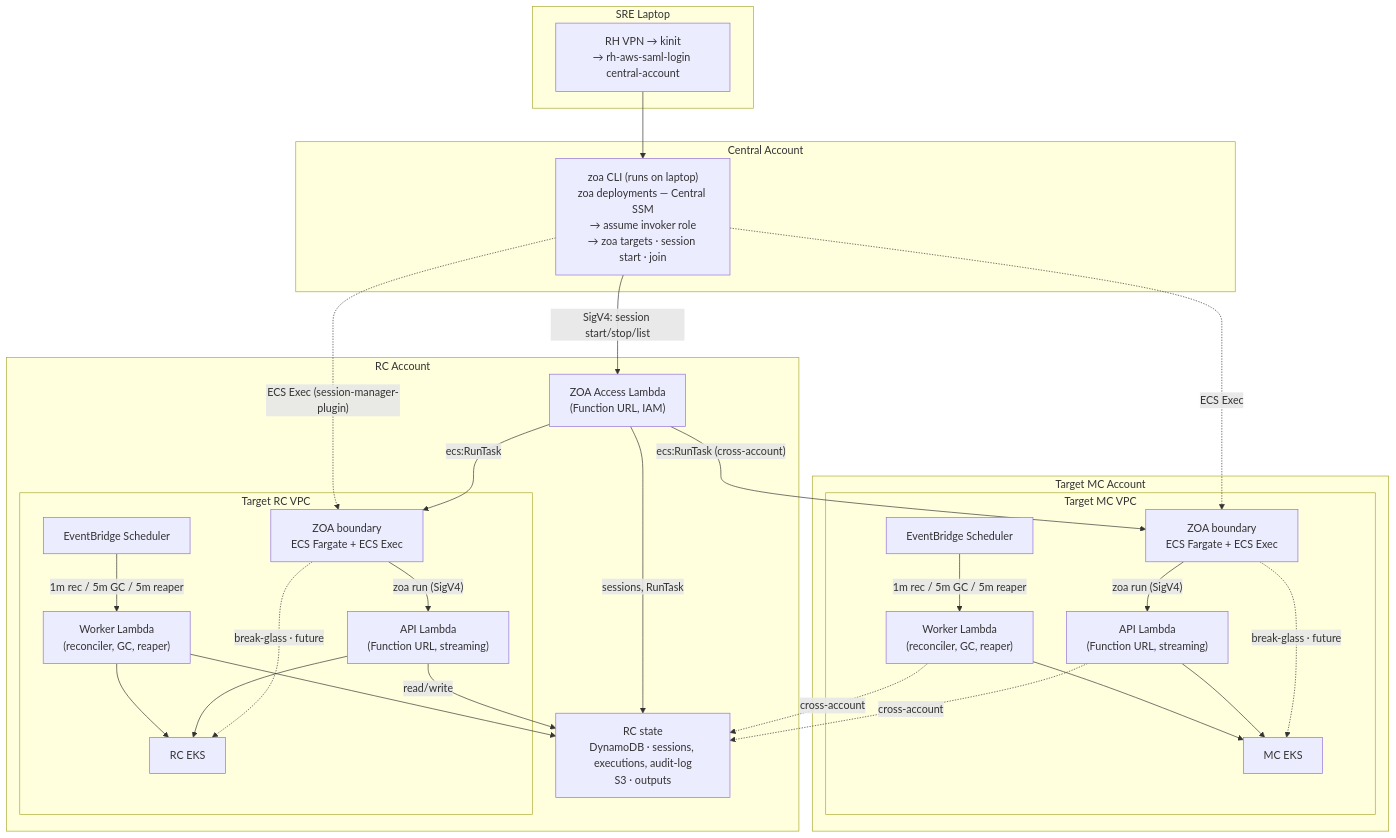
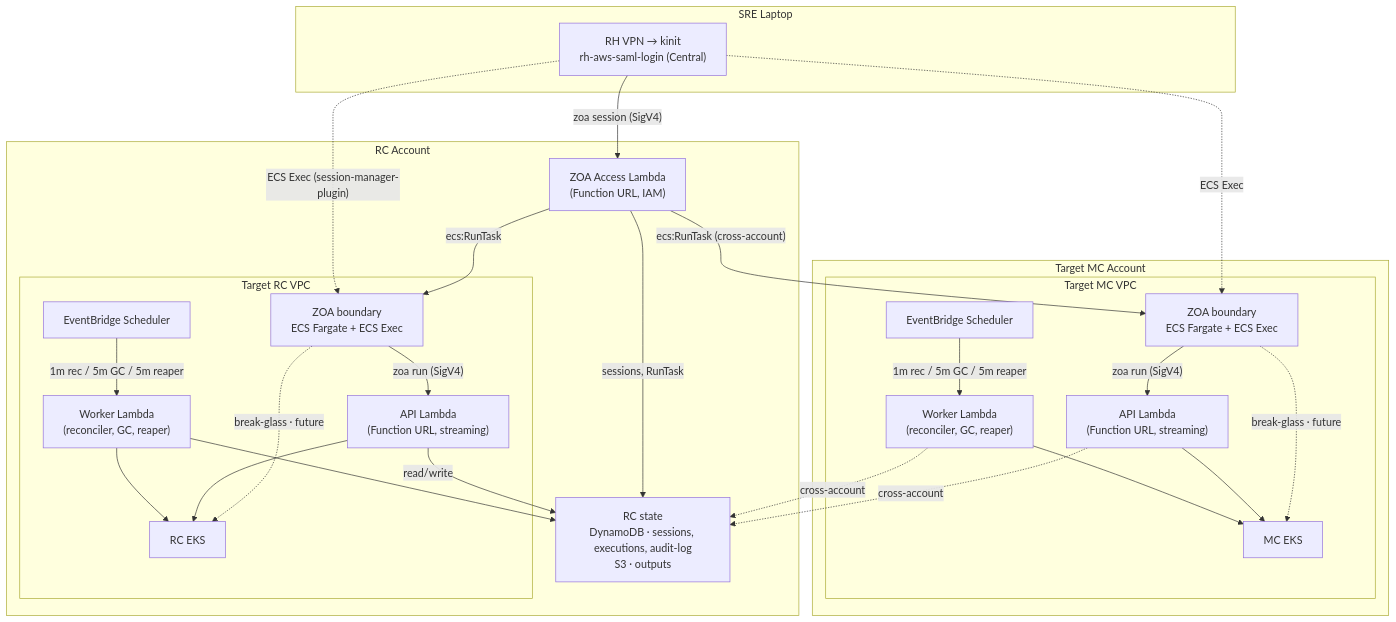
One commit to slopezz/rosa-hyperfleet-zoa changed the diagram in README.md. Above: the diagram before and after it, drawn with Mermaid.

Commit message:
ROSAENG-68805 | docs: simplify README diagram laptop and session edge
Single SRE Laptop auth lines; label Access path zoa session (SigV4).

````diff
--- a/README.md
+++ b/README.md
@@ -75,64 +75,59 @@
 ```mermaid
 ---
 config:
   layout: dagre
 ---
 graph TD
     subgraph laptop["SRE Laptop"]
-        LAPTOP_AUTH["RH VPN → kinit<br/>→ rh-aws-saml-login central-account"]
-    end
-
-    subgraph central["Central Account"]
-        CENTRAL_ZOA["zoa CLI (runs on laptop)<br/>zoa deployments — Central SSM<br/>→ assume invoker role<br/>→ zoa targets · session start · join"]
+        L["RH VPN → kinit<br/>rh-aws-saml-login (Central)"]
     end
 
     subgraph rc["RC Account"]
         ACCESS["ZOA Access Lambda<br/>(Function URL, IAM)"]
         STATE["RC state<br/>DynamoDB · sessions, executions, audit-log<br/>S3 · outputs"]
         subgraph rc_vpc["Target RC VPC"]
             BOUNDARY_RC["ZOA boundary<br/>ECS Fargate + ECS Exec"]
             EB_RC["EventBridge Scheduler"]
             API_RC["API Lambda<br/>(Function URL, streaming)"]
             WORKER_RC["Worker Lambda<br/>(reconciler, GC, reaper)"]
             EKS_RC["RC EKS"]
         end
     end
 
     subgraph mc["Target MC Account"]
         subgraph mc_vpc["Target MC VPC"]
             BOUNDARY_MC["ZOA boundary<br/>ECS Fargate + ECS Exec"]
             EB_MC["EventBridge Scheduler"]
             API_MC["API Lambda<br/>(Function URL, streaming)"]
             WORKER_MC["Worker Lambda<br/>(reconciler, GC, reaper)"]
             EKS_MC["MC EKS"]
         end
     end
 
-    LAPTOP_AUTH --> CENTRAL_ZOA
-    CENTRAL_ZOA -->|"SigV4: session start/stop/list"| ACCESS
+    L -->|"zoa session (SigV4)"| ACCESS
     ACCESS -->|"sessions, RunTask"| STATE
     ACCESS -->|"ecs:RunTask"| BOUNDARY_RC
     ACCESS -->|"ecs:RunTask (cross-account)"| BOUNDARY_MC
 
-    CENTRAL_ZOA -.->|"ECS Exec (session-manager-plugin)"| BOUNDARY_RC
-    CENTRAL_ZOA -.->|"ECS Exec"| BOUNDARY_MC
+    L -.->|"ECS Exec (session-manager-plugin)"| BOUNDARY_RC
+    L -.->|"ECS Exec"| BOUNDARY_MC
 
     BOUNDARY_RC -->|"zoa run (SigV4)"| API_RC
     BOUNDARY_MC -->|"zoa run (SigV4)"| API_MC
 
     BOUNDARY_RC -.->|"break-glass · future"| EKS_RC
     BOUNDARY_MC -.->|"break-glass · future"| EKS_MC
 
     EB_RC -->|"1m rec / 5m GC / 5m reaper"| WORKER_RC
     EB_MC -->|"1m rec / 5m GC / 5m reaper"| WORKER_MC
 
     API_RC --> EKS_RC
     WORKER_RC --> EKS_RC
     API_MC --> EKS_MC
     WORKER_MC --> EKS_MC
 
     API_RC -->|"read/write"| STATE
     WORKER_RC --> STATE
     API_MC -.->|"cross-account"| STATE
     WORKER_MC -.->|"cross-account"| STATE
 ```
````
